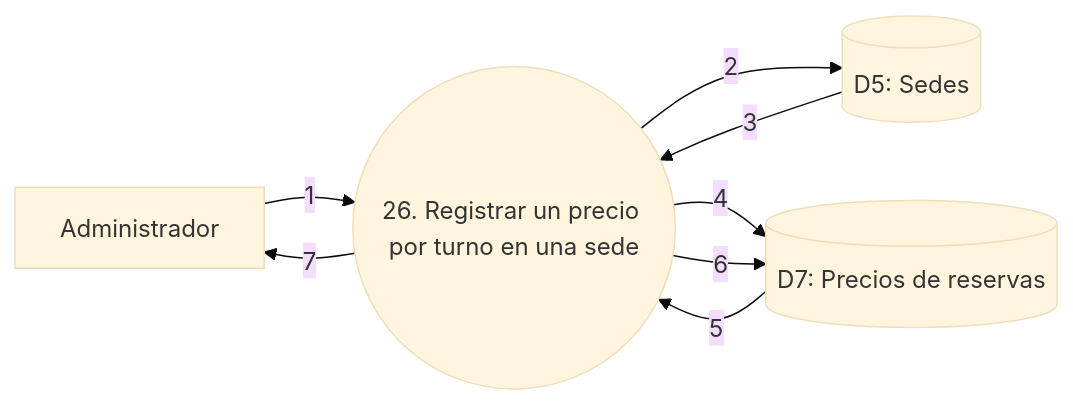
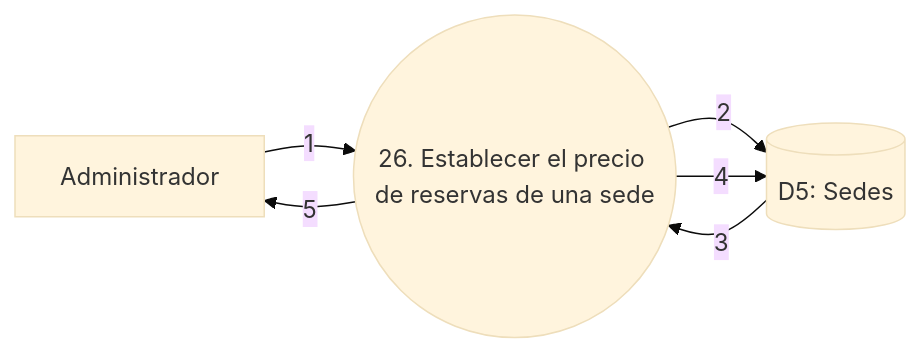
One commit to fasempertegui/Matchpoint-Taller changed diagram 26 of 33 in docs/DFD.md. Above: the diagram before and after it, drawn with Mermaid (base theme). The commit also changed other lines of this file and 3 other files, not shown here.

````diff
--- a/docs/DFD.md
+++ b/docs/DFD.md
@@ -788,15 +783,12 @@
 ```mermaid
 flowchart LR
     A[Administrador]
-    P((26. Registrar un precio por turno en una sede))
+    P((26. Establecer el precio de reservas de una sede))
     D5[(D5: Sedes)]
-    D7[(D7: Precios de reservas)]
 
     A -->|1| P
     P -->|2| D5
     D5 -->|3| P
-    P -->|4| D7
-    D7 -->|5| P
-    P -->|6| D7
-    P -->|7| A
+    P -->|4| D5
+    P -->|5| A
 ```
````
